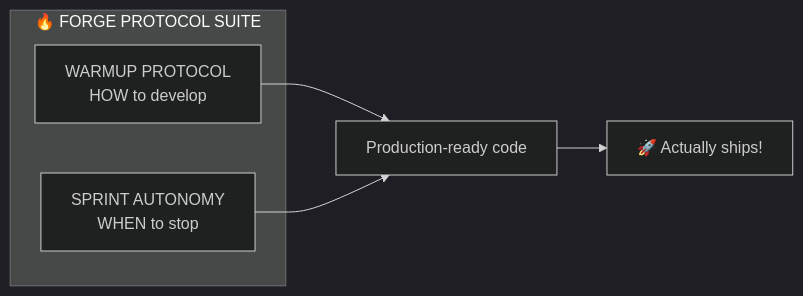
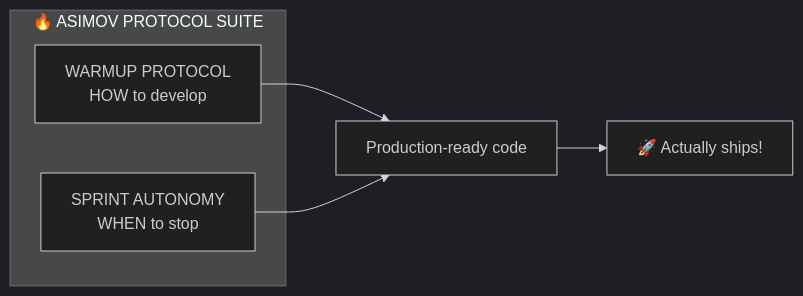
Before and after one commit to royalbit/asimov: the second of 3 diagrams in docs/stories/AI-PROMOTION-STORY.md, drawn with Mermaid (dark theme). The commit also changed other lines of this file and 53 other files, not shown here.

````diff
--- a/docs/stories/AI-PROMOTION-STORY.md
+++ b/docs/stories/AI-PROMOTION-STORY.md
@@ -708,10 +708,10 @@
 ```mermaid
 graph LR
-    subgraph suite["🔥 FORGE PROTOCOL SUITE"]
+    subgraph suite["🔥 ASIMOV PROTOCOL SUITE"]
         W["WARMUP PROTOCOL<br/>HOW to develop"]
         S["SPRINT AUTONOMY<br/>WHEN to stop"]
     end
     W --> R["Production-ready code"]
     S --> R
     R --> Ship["🚀 Actually ships!"]
 ```
````
